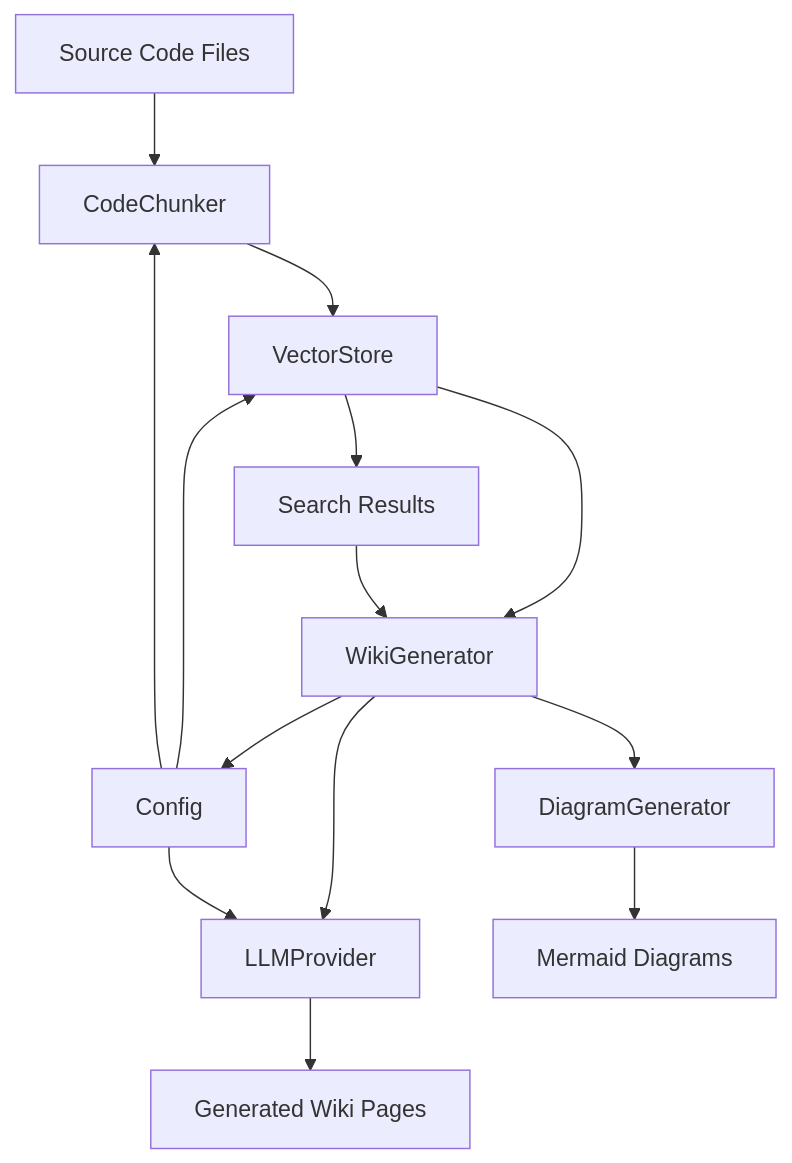
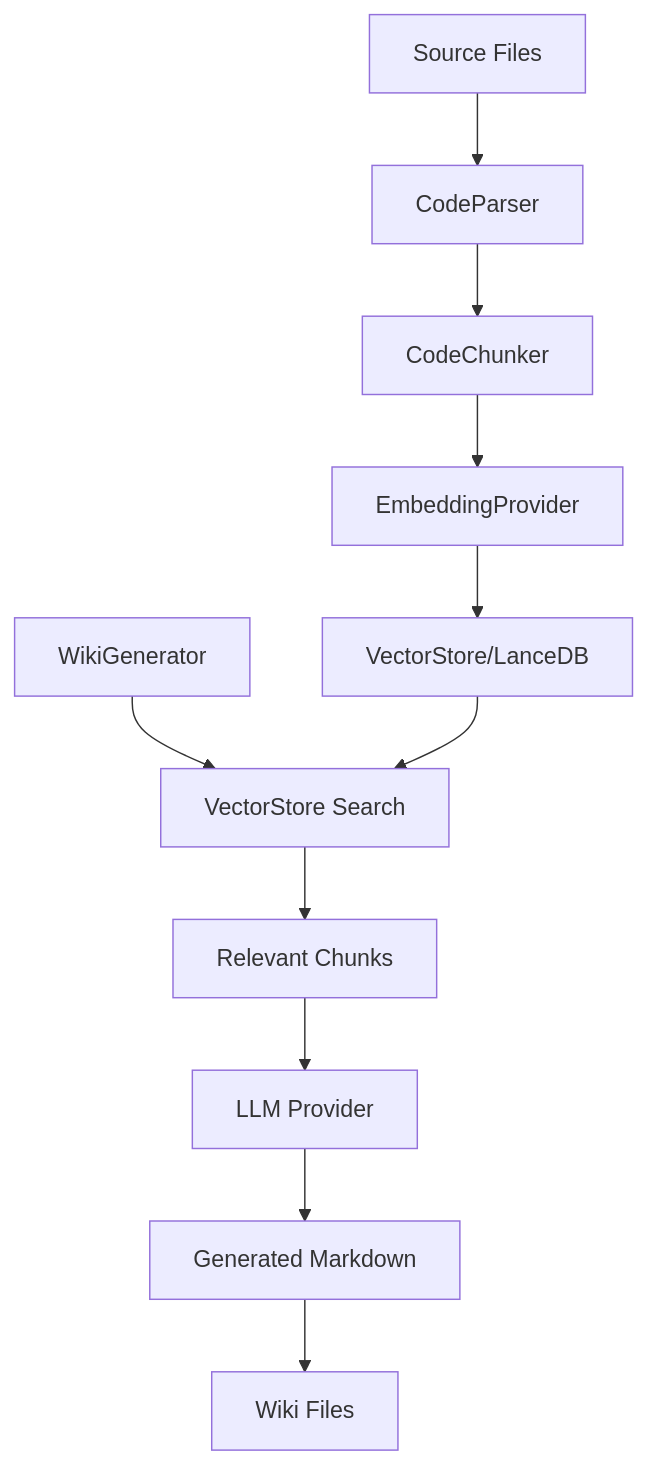
Before and after one commit to UrbanDiver/local-deepwiki-mcp: the first of 4 diagrams in .deepwiki/architecture.md, drawn with Mermaid. The commit also changed other lines of this file and 31 other files, not shown here.

First line of the commit message:
Fix hallucinations in generated wiki documentation

````diff
--- a/.deepwiki/architecture.md
+++ b/.deepwiki/architecture.md
@@ -60,16 +43,15 @@
 ```mermaid
 graph TD
-    A[Source Code Files] --> B[CodeChunker]
-    B --> C[VectorStore]
-    C --> D[WikiGenerator]
-    D --> E[LLMProvider]
-    D --> F[DiagramGenerator]
-    E --> G[Generated Wiki Pages]
-    F --> H[Mermaid Diagrams]
-    C --> I[Search Results]
-    I --> D
-    D --> J[Config]
-    J --> E
-    J --> C
-    J --> B
+    A[Source Files] --> B[CodeParser]
+    B --> C[CodeChunker]
+    C --> D[EmbeddingProvider]
+    D --> E[VectorStore/LanceDB]
+
+    F[WikiGenerator] --> G[VectorStore Search]
+    G --> H[Relevant Chunks]
+    H --> I[LLM Provider]
+    I --> J[Generated Markdown]
+    J --> K[Wiki Files]
+
+    E --> G
 ```
````
